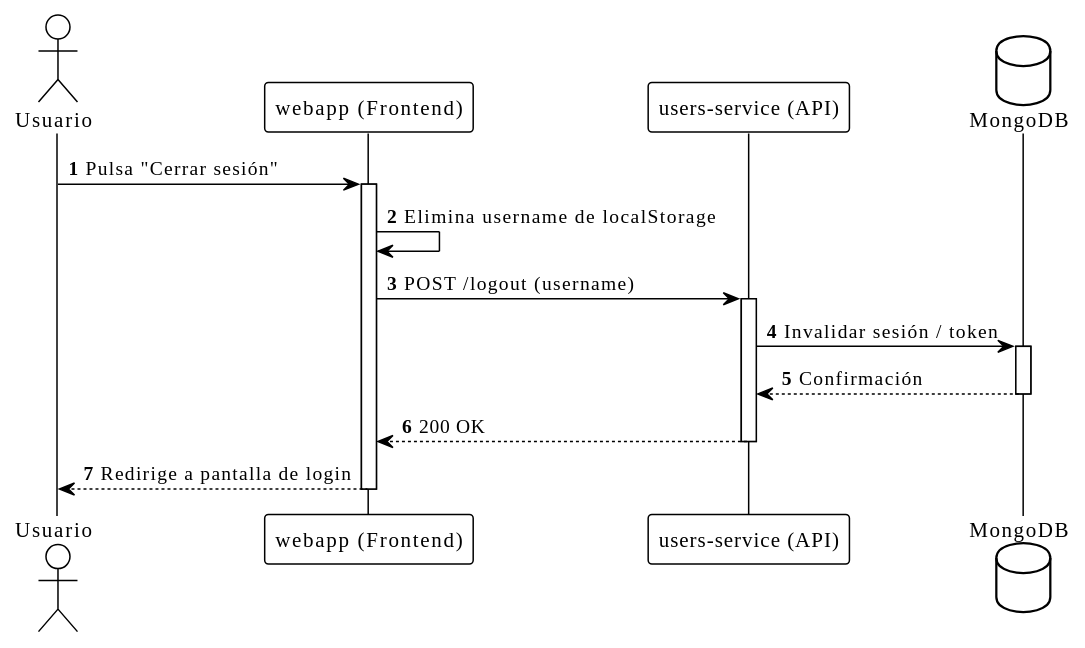
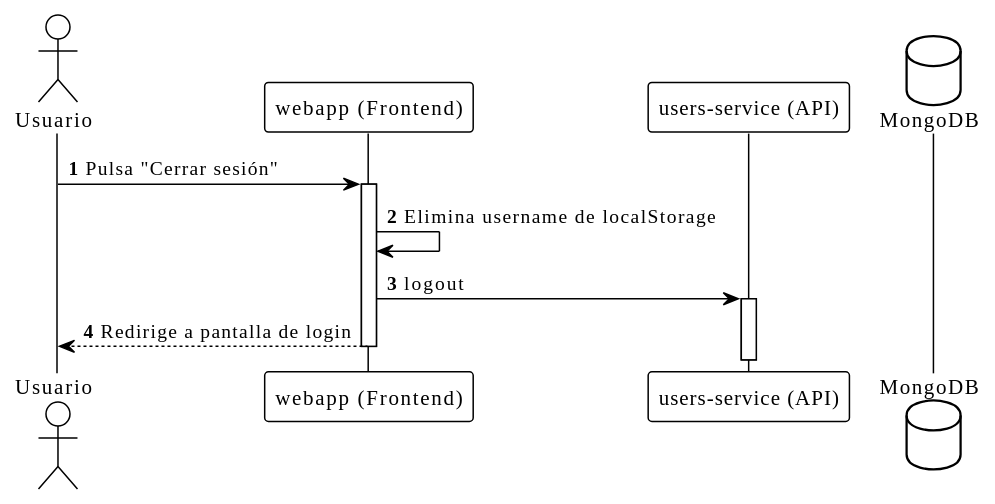
One commit to Arquisoft/yovi_es2a changed the seventh of 7 diagrams in docs/src/06_runtime_view.adoc. Above: the diagram before and after it, drawn with PlantUML.

Commit message:
actualizacion minima de docuemntacion

```diff
--- a/docs/src/06_runtime_view.adoc
+++ b/docs/src/06_runtime_view.adoc
@@ -154,32 +154,24 @@
 [plantuml, runtime-logout, png]
 ....
 @startuml
 !theme plain
 autonumber
 skinparam monochrome true
 
 actor Usuario
 participant "webapp (Frontend)" as web
 participant "users-service (API)" as users
 database "MongoDB" as mongo
 
 Usuario -> web: Pulsa "Cerrar sesión"
 activate web
 
 web -> web: Elimina username de localStorage
 
-web -> users: POST /logout (username)
+web -> users: logout
 activate users
-
-users -> mongo: Invalidar sesión / token
-activate mongo
-mongo --> users: Confirmación
-deactivate mongo
-
-users --> web: 200 OK
-deactivate users
 
 web --> Usuario: Redirige a pantalla de login
 deactivate web
 @enduml
 ....
```
